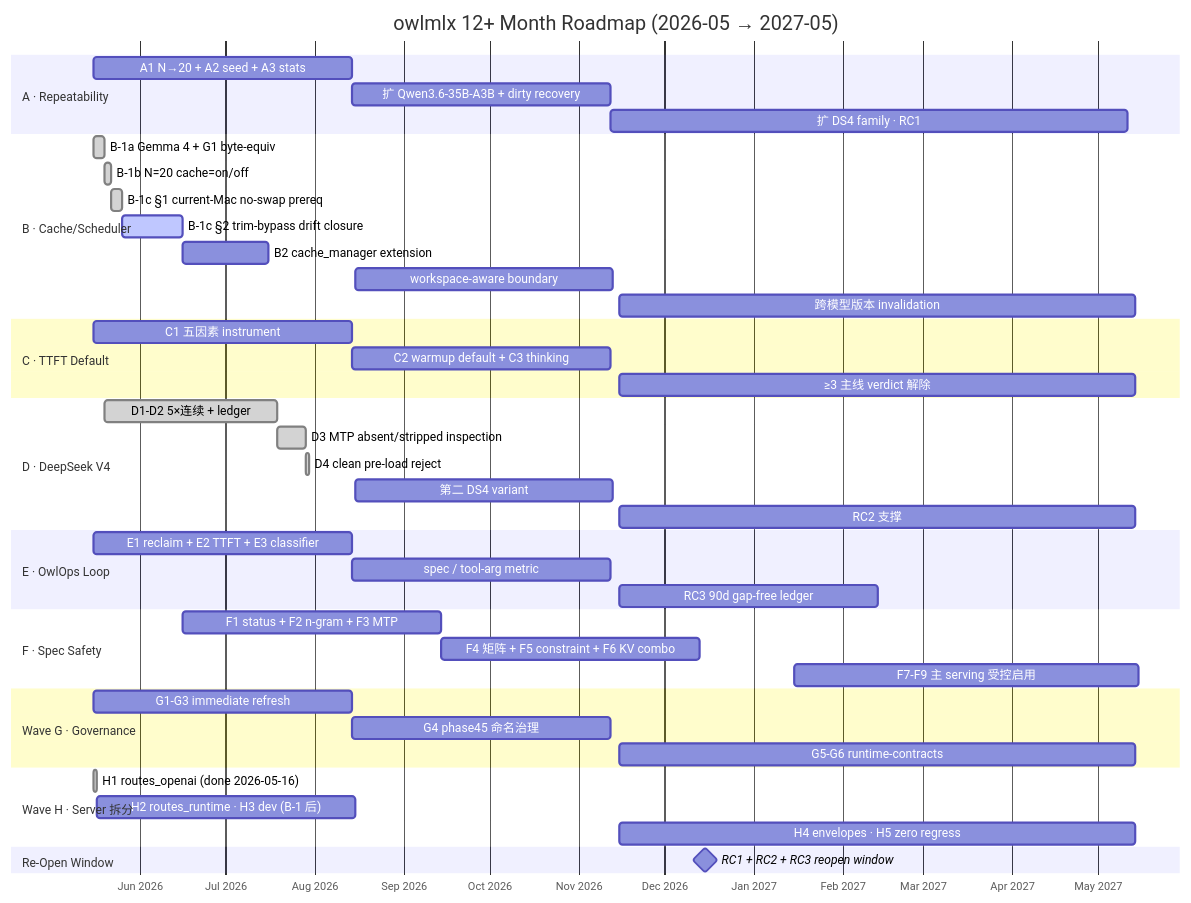
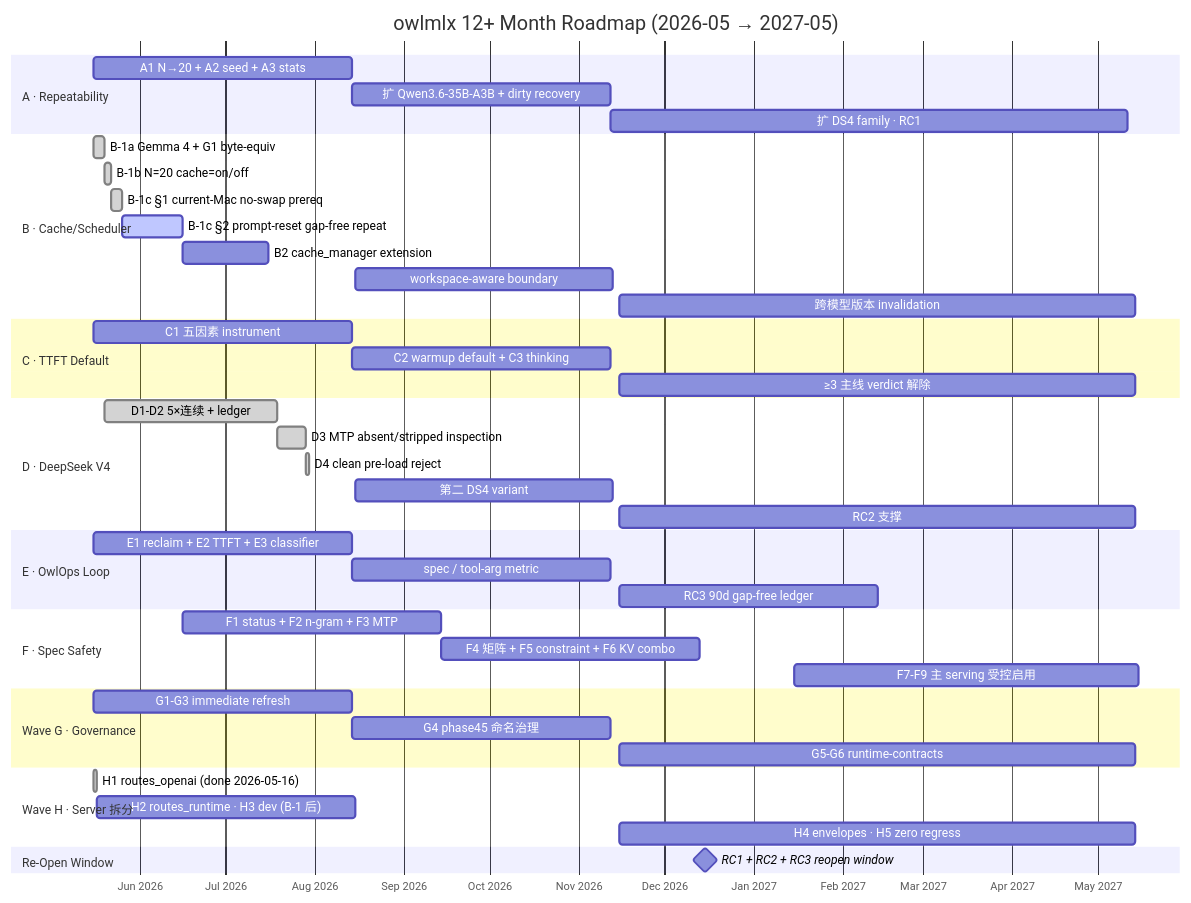
The fifth of 5 diagrams in docs/architect/04-architecture-canvas.md (yeemio/owlmlx), drawn with Mermaid before and after one commit. The commit also changed other lines of this file and 20 other files, not shown here.

Commit message:
bench: record B-1c prompt-reset swap segment

````diff
--- a/docs/architect/04-architecture-canvas.md
+++ b/docs/architect/04-architecture-canvas.md
@@ -286,55 +286,55 @@
 ```mermaid
 gantt
     title owlmlx 12+ Month Roadmap (2026-05 → 2027-05)
     dateFormat YYYY-MM-DD
     axisFormat %b %Y
 
     section A · Repeatability
     A1 N→20 + A2 seed + A3 stats         :a1, 2026-05-16, 90d
     扩 Qwen3.6-35B-A3B + dirty recovery  :a2, after a1, 90d
     扩 DS4 family · RC1                  :a3, after a2, 180d
 
     section B · Cache/Scheduler
     B-1a Gemma 4 + G1 byte-equiv         :done, b1a, 2026-05-16, 4d
     B-1b N=20 cache=on/off               :done, b1b, after b1a, 2d
     B-1c §1 current-Mac no-swap prereq   :done, b1c1, after b1b, 4d
-    B-1c §2 trim-bypass drift closure    :active, b1c2, after b1c1, 21d
+    B-1c §2 prompt-reset gap-free repeat :active, b1c2, after b1c1, 21d
     B2 cache_manager extension           :b2, after b1c2, 30d
     workspace-aware boundary             :b3, 2026-08-15, 90d
     跨模型版本 invalidation                :b4, 2026-11-15, 180d
 
     section C · TTFT Default
     C1 五因素 instrument                 :c1, 2026-05-16, 90d
     C2 warmup default + C3 thinking      :c2, after c1, 90d
     ≥3 主线 verdict 解除                  :c3, 2026-11-15, 180d
 
     section D · DeepSeek V4
     D1-D2 5×连续 + ledger                :done, d1, after b1a, 60d
     D3 MTP absent/stripped inspection    :done, d3, after d1, 10d
     D4 clean pre-load reject             :done, d4, after d3, 1d
     第二 DS4 variant                      :d5, 2026-08-15, 90d
     RC2 支撑                              :d6, 2026-11-15, 180d
 
     section E · OwlOps Loop
     E1 reclaim + E2 TTFT + E3 classifier :e1, 2026-05-16, 90d
     spec / tool-arg metric               :e2, after e1, 90d
     RC3 90d gap-free ledger              :e3, 2026-11-15, 90d
 
     section F · Spec Safety
     F1 status + F2 n-gram + F3 MTP       :f1, after b1c2, 90d
     F4 矩阵 + F5 constraint + F6 KV combo:f4, after f1, 90d
     F7-F9 主 serving 受控启用             :f7, 2027-01-15, 120d
 
     section Wave G · Governance
     G1-G3 immediate refresh              :g1, 2026-05-16, 90d
     G4 phase45 命名治理                   :g4, after g1, 90d
     G5-G6 runtime-contracts              :g5, 2026-11-15, 180d
 
     section Wave H · Server 拆分
     H1 routes_openai (done 2026-05-16)   :done, h1, 2026-05-16, 1d
     H2 routes_runtime · H3 dev (B-1 后)  :h2, after h1, 90d
     H4 envelopes · H5 zero regress       :h4, 2026-11-15, 180d
 
     section Re-Open Window
     RC1 + RC2 + RC3 reopen window        :milestone, m1, 2026-11-15, 60d
 ```
````
